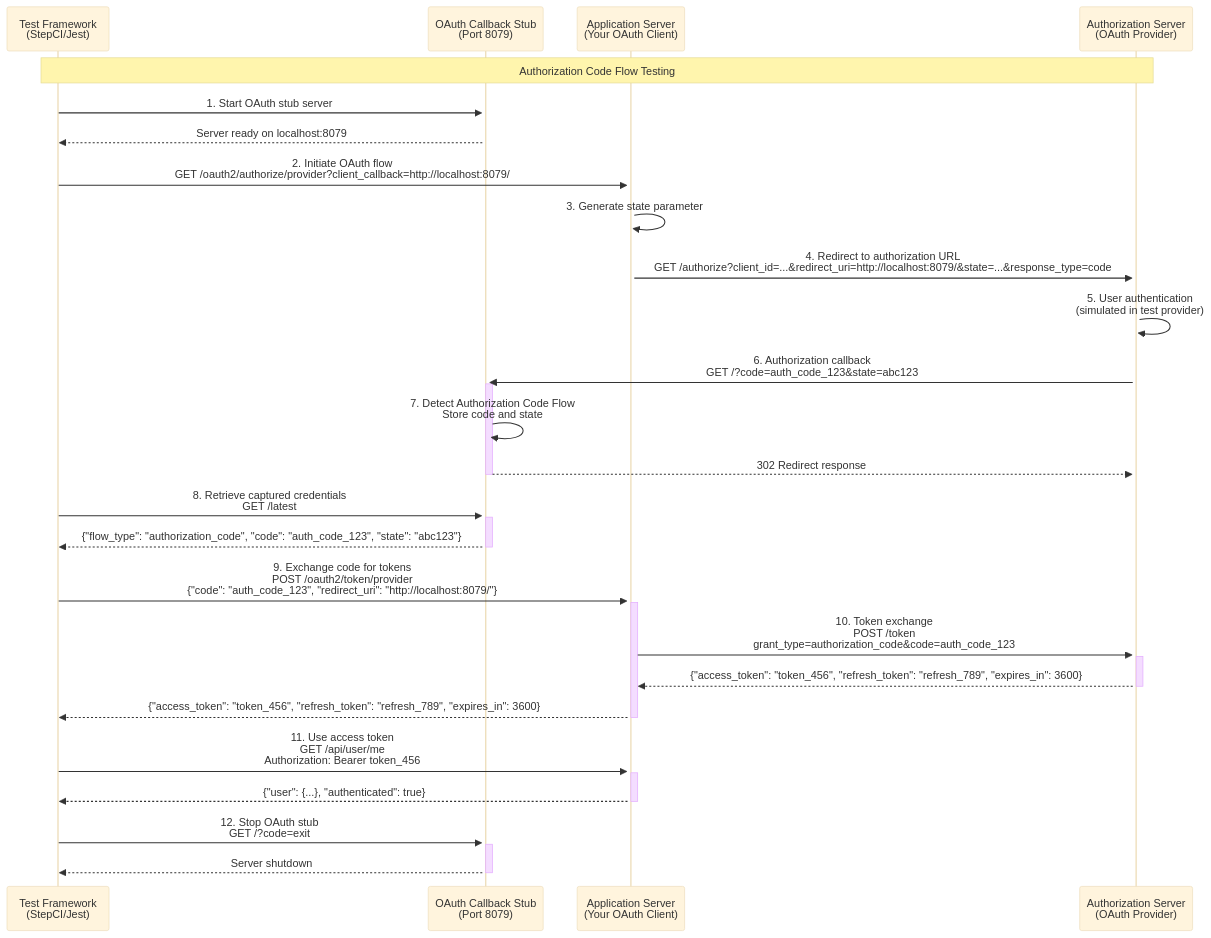
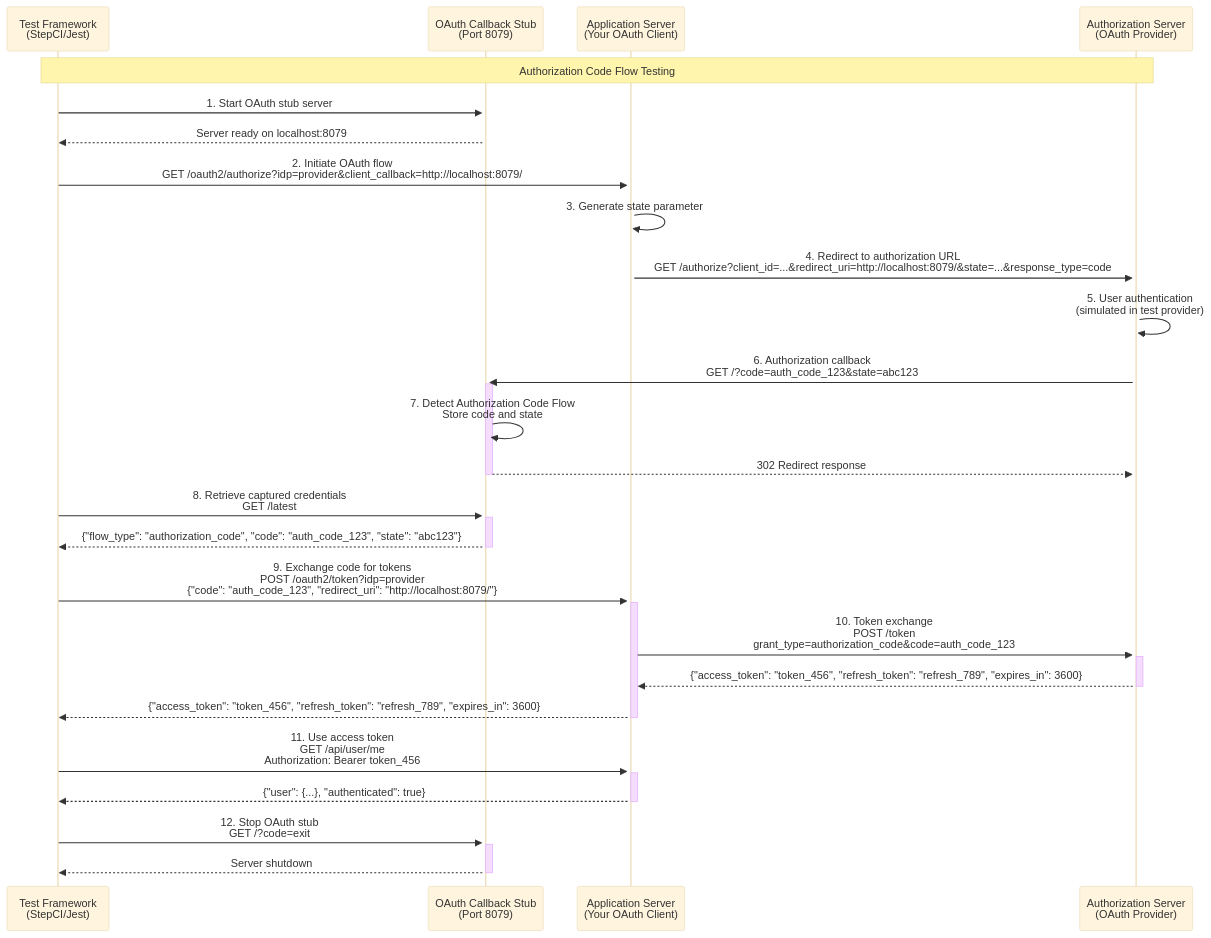
The first of 3 diagrams in scripts/oauth-client-callback-stub/oauth-flow-diagrams.md (ericfitz/tmi), drawn with Mermaid (base theme) before and after one commit. The commit also changed other lines of this file and 37 other files, not shown here.

````diff
--- a/scripts/oauth-client-callback-stub/oauth-flow-diagrams.md
+++ b/scripts/oauth-client-callback-stub/oauth-flow-diagrams.md
@@ -7,35 +7,35 @@
 ```mermaid
 sequenceDiagram
     participant Test as Test Framework<br/>(StepCI/Jest)
     participant Stub as OAuth Callback Stub<br/>(Port 8079)
     participant App as Application Server<br/>(Your OAuth Client)
     participant Auth as Authorization Server<br/>(OAuth Provider)
 
     Note over Test, Auth: Authorization Code Flow Testing
 
     Test->>+Stub: 1. Start OAuth stub server
     Stub-->>Test: Server ready on localhost:8079
 
-    Test->>+App: 2. Initiate OAuth flow<br/>GET /oauth2/authorize/provider?client_callback=http://localhost:8079/
+    Test->>+App: 2. Initiate OAuth flow<br/>GET /oauth2/authorize?idp=provider&client_callback=http://localhost:8079/
     App->>App: 3. Generate state parameter
     App->>+Auth: 4. Redirect to authorization URL<br/>GET /authorize?client_id=...&redirect_uri=http://localhost:8079/&state=...&response_type=code
 
     Auth->>Auth: 5. User authentication<br/>(simulated in test provider)
     Auth->>+Stub: 6. Authorization callback<br/>GET /?code=auth_code_123&state=abc123
     Stub->>Stub: 7. Detect Authorization Code Flow<br/>Store code and state
     Stub-->>-Auth: 302 Redirect response
 
     Test->>+Stub: 8. Retrieve captured credentials<br/>GET /latest
     Stub-->>-Test: {"flow_type": "authorization_code", "code": "auth_code_123", "state": "abc123"}
 
-    Test->>+App: 9. Exchange code for tokens<br/>POST /oauth2/token/provider<br/>{"code": "auth_code_123", "redirect_uri": "http://localhost:8079/"}
+    Test->>+App: 9. Exchange code for tokens<br/>POST /oauth2/token?idp=provider<br/>{"code": "auth_code_123", "redirect_uri": "http://localhost:8079/"}
     App->>+Auth: 10. Token exchange<br/>POST /token<br/>grant_type=authorization_code&code=auth_code_123
     Auth-->>-App: {"access_token": "token_456", "refresh_token": "refresh_789", "expires_in": 3600}
     App-->>-Test: {"access_token": "token_456", "refresh_token": "refresh_789", "expires_in": 3600}
 
     Test->>+App: 11. Use access token<br/>GET /api/user/me<br/>Authorization: Bearer token_456
     App-->>-Test: {"user": {...}, "authenticated": true}
 
     Test->>+Stub: 12. Stop OAuth stub<br/>GET /?code=exit
     Stub-->>-Test: Server shutdown
 ```
````
